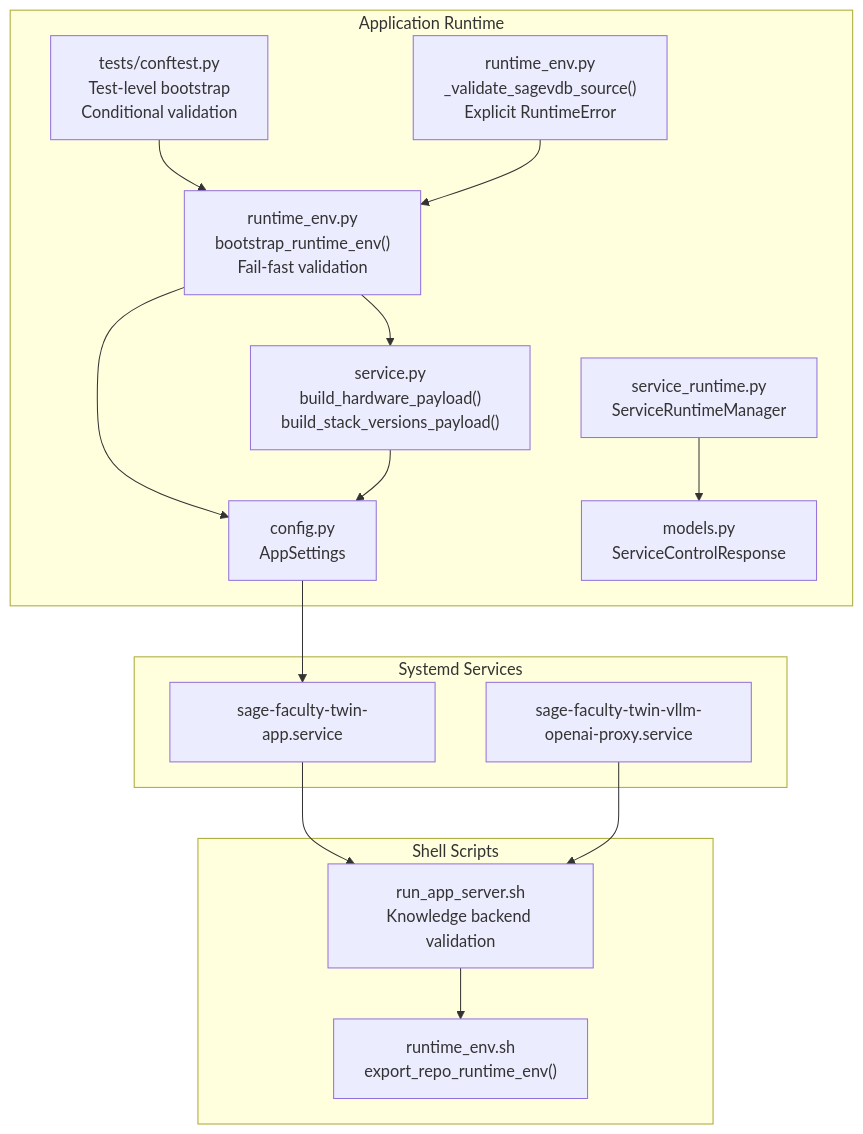
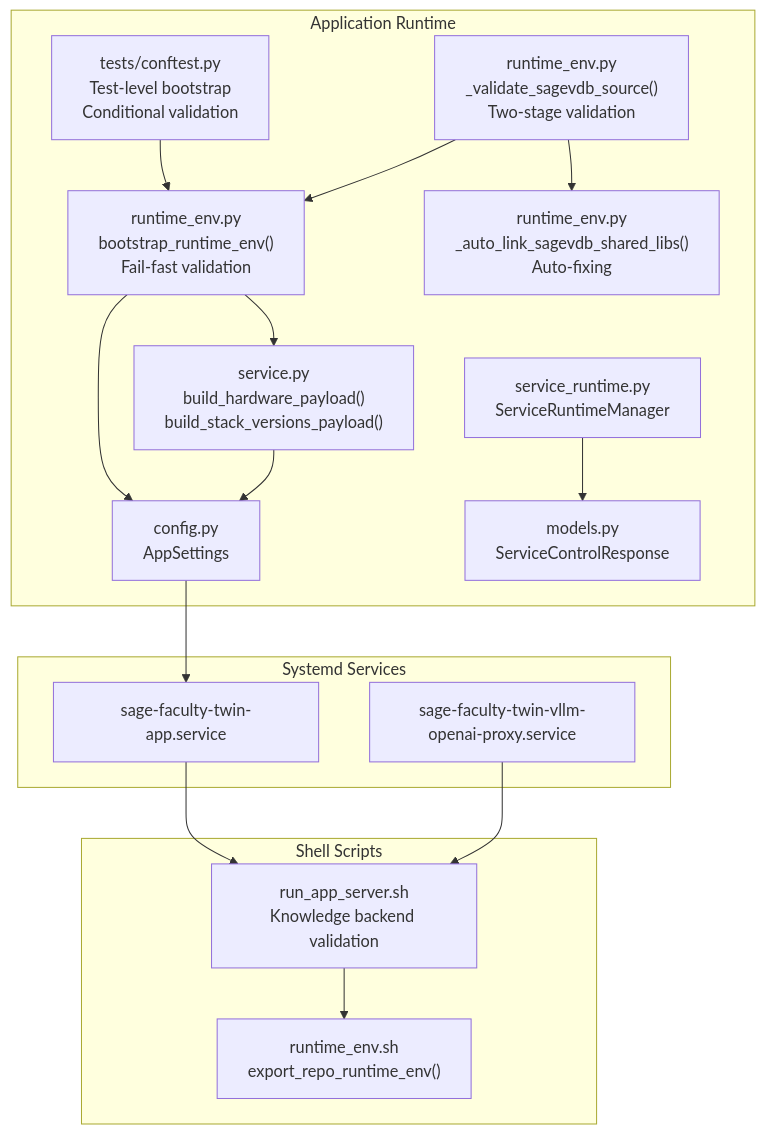
Before and after one commit to intellistream/sage-mate: the first of 6 diagrams in .qoder/repowiki/en/content/Core Components/Runtime Environment.md, drawn with Mermaid. The commit also changed other lines of this file and 53 other files, not shown here.

````diff
--- a/.qoder/repowiki/en/content/Core Components/Runtime Environment.md
+++ b/.qoder/repowiki/en/content/Core Components/Runtime Environment.md
@@ -53,30 +54,32 @@
 ```mermaid
 graph TB
 subgraph "Application Runtime"
 A["runtime_env.py<br/>bootstrap_runtime_env()<br/>Fail-fast validation"]
 B["service_runtime.py<br/>ServiceRuntimeManager"]
 C["service.py<br/>build_hardware_payload()<br/>build_stack_versions_payload()"]
 D["config.py<br/>AppSettings"]
 E["models.py<br/>ServiceControlResponse"]
 F["tests/conftest.py<br/>Test-level bootstrap<br/>Conditional validation"]
-G["runtime_env.py<br/>_validate_sagevdb_source()<br/>Explicit RuntimeError"]
+G["runtime_env.py<br/>_validate_sagevdb_source()<br/>Two-stage validation"]
+H["runtime_env.py<br/>_auto_link_sagevdb_shared_libs()<br/>Auto-fixing"]
 end
 subgraph "Systemd Services"
 S1["sage-faculty-twin-app.service"]
 S2["sage-faculty-twin-vllm-openai-proxy.service"]
 end
 subgraph "Shell Scripts"
 T1["run_app_server.sh<br/>Knowledge backend validation"]
 L1["runtime_env.sh<br/>export_repo_runtime_env()"]
 end
 A --> C
 A --> D
 B --> E
 C --> D
 D --> S1
 S1 --> T1
 S2 --> T1
 T1 --> L1
 F --> A
+G --> H
 G --> A
 ```
````
